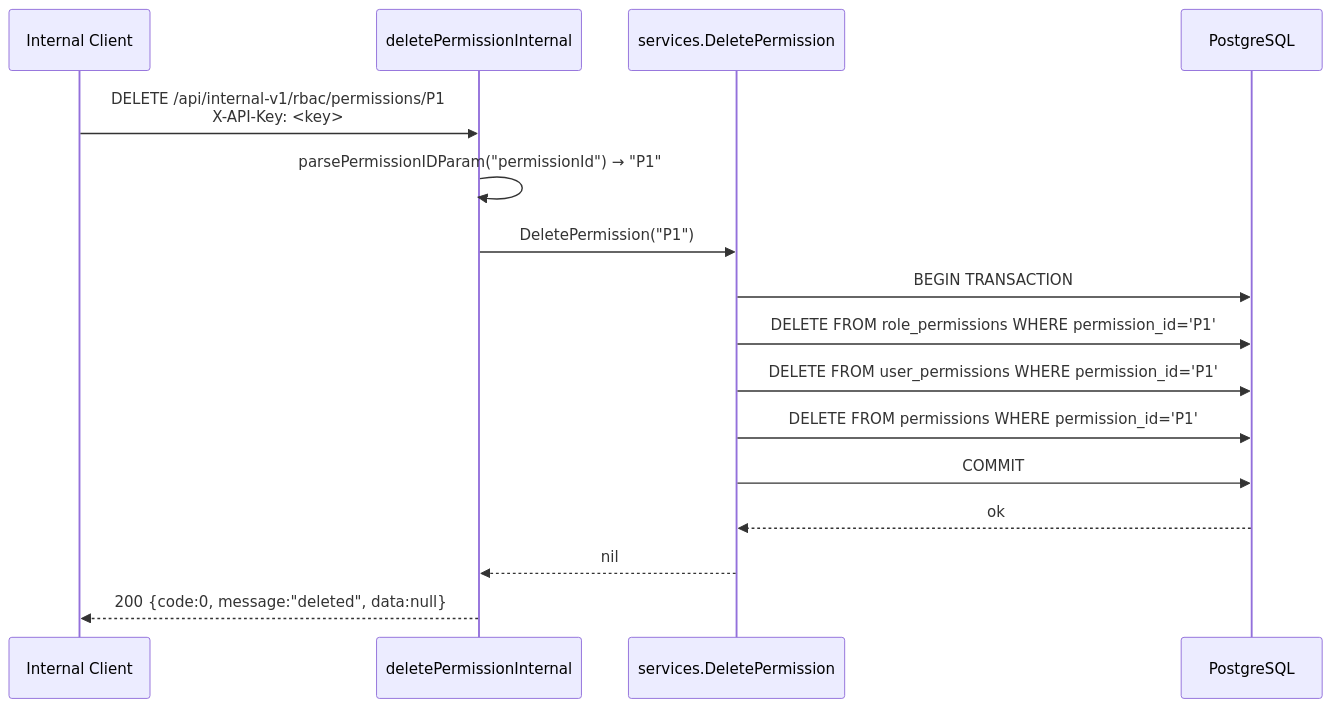
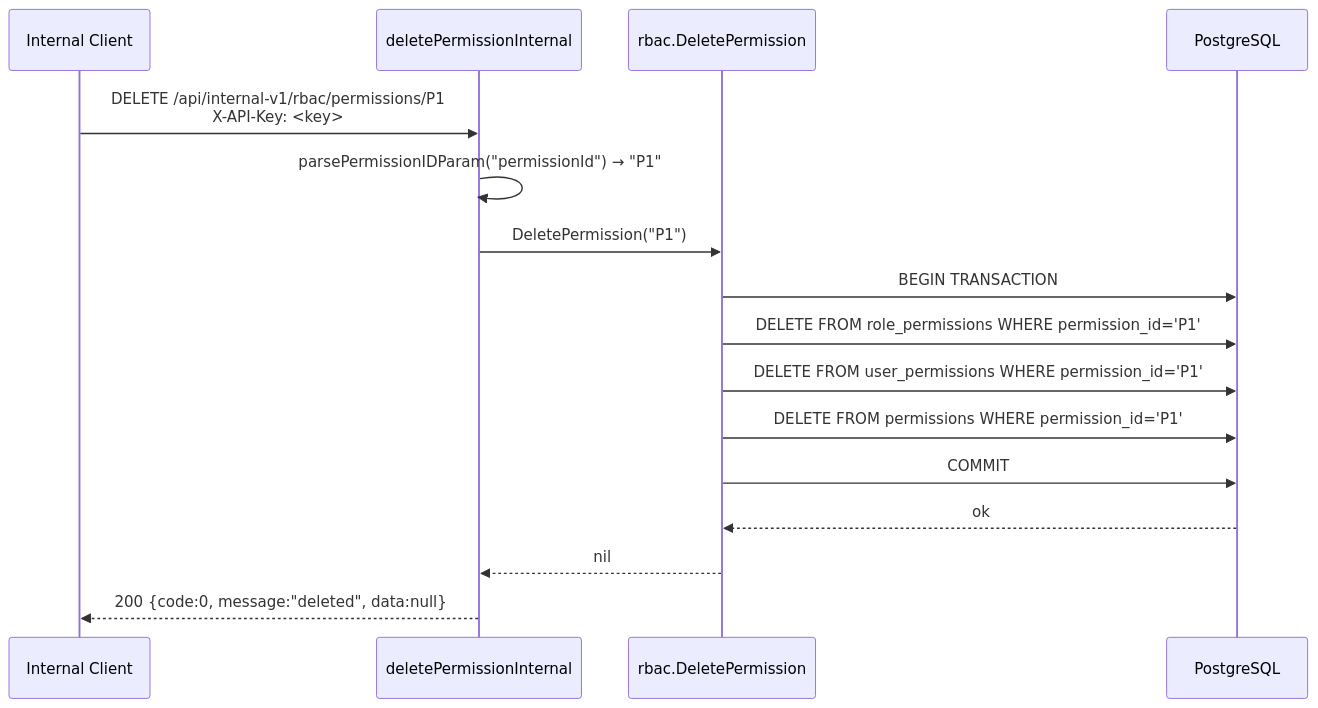
One commit to lkienkle11/be-mycourse changed diagram 14 of 23 in docs/sequence_diagrams.md. Above: the diagram before and after it, drawn with Mermaid. The commit also changed other lines of this file and 19 other files, not shown here.

Commit message:
docs: align architecture and module docs with package refactor

````diff
--- a/docs/sequence_diagrams.md
+++ b/docs/sequence_diagrams.md
@@ -624,22 +624,22 @@
 ```mermaid
 sequenceDiagram
     participant C as Internal Client
     participant H as deletePermissionInternal
-    participant SVC as services.DeletePermission
+    participant SVC as rbac.DeletePermission
     participant DB as PostgreSQL
 
     C->>H: DELETE /api/internal-v1/rbac/permissions/P1<br/>X-API-Key: <key>
     H->>H: parsePermissionIDParam("permissionId") → "P1"
     H->>SVC: DeletePermission("P1")
 
     SVC->>DB: BEGIN TRANSACTION
     SVC->>DB: DELETE FROM role_permissions WHERE permission_id='P1'
     SVC->>DB: DELETE FROM user_permissions WHERE permission_id='P1'
     SVC->>DB: DELETE FROM permissions WHERE permission_id='P1'
     SVC->>DB: COMMIT
 
     DB-->>SVC: ok
     SVC-->>H: nil
 
     H-->>C: 200 {code:0, message:"deleted", data:null}
 ```
````
